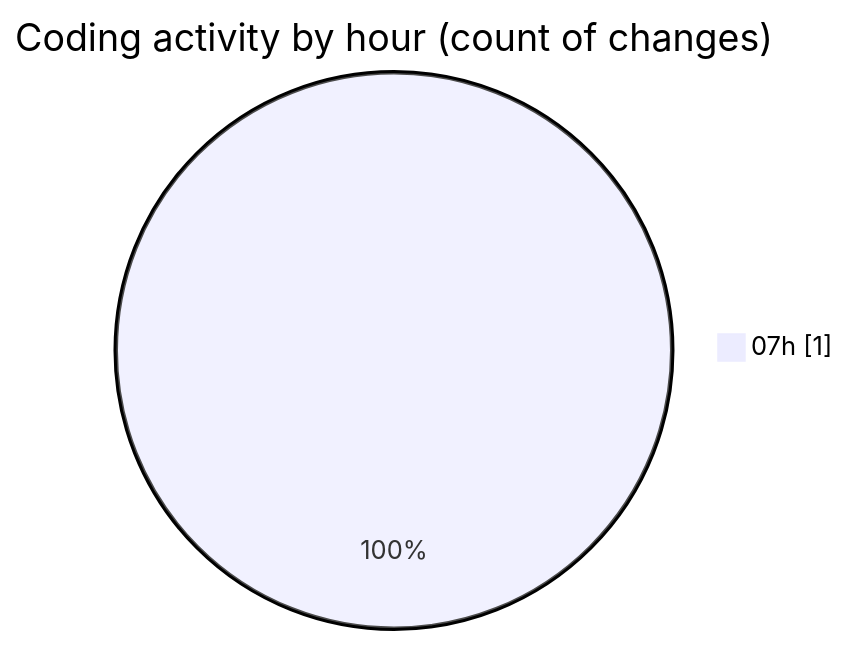
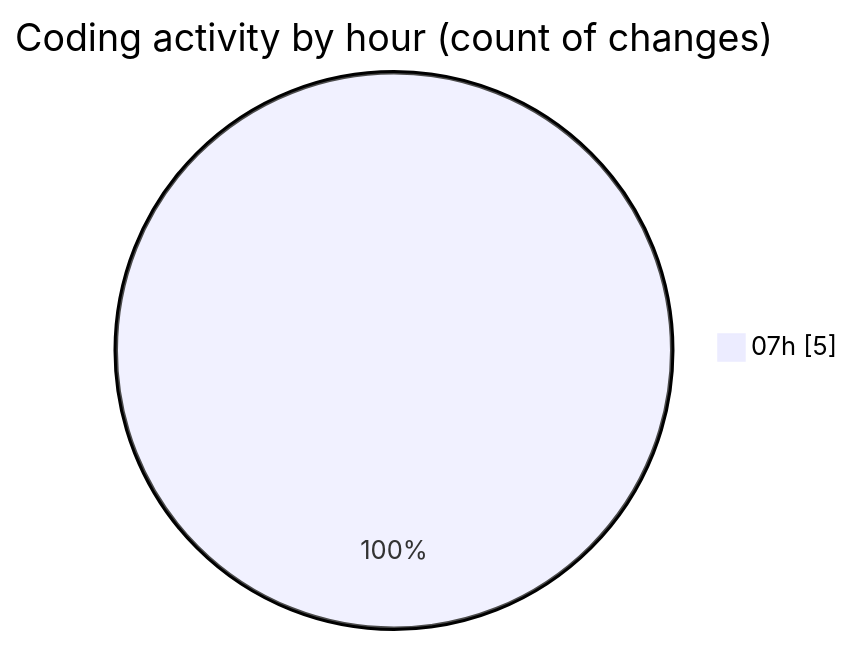
One commit to ecomensa/code-tracking changed the second of 2 diagrams in 2025-03-09/ui/README.md. Above: the diagram before and after it, drawn with Mermaid. The commit also changed other lines of this file and 2 other files, not shown here.

````diff
--- a/2025-03-09/ui/README.md
+++ b/2025-03-09/ui/README.md
@@ -28,5 +29,5 @@
 ```mermaid
 pie showData
 title Coding activity by hour (count of changes)
-"07h" : 1
+"07h" : 5
 ```
````
